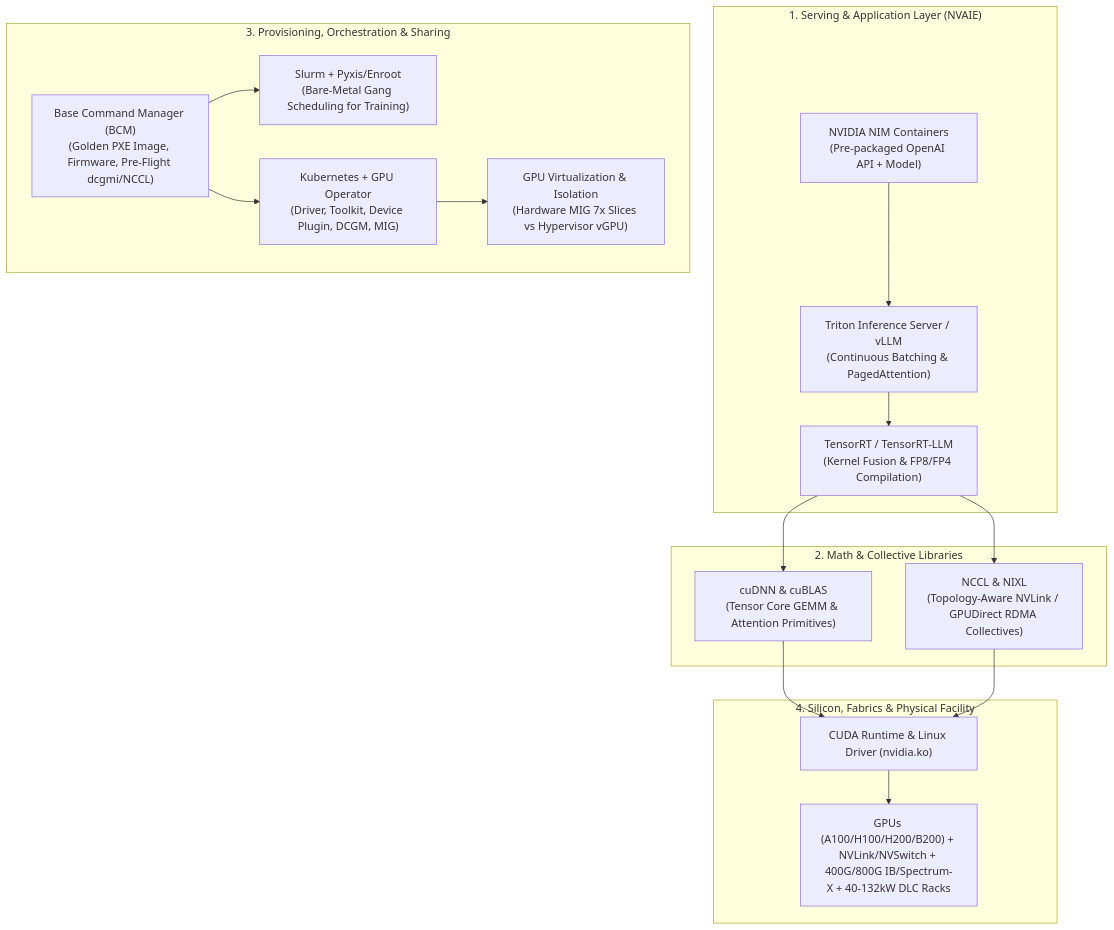
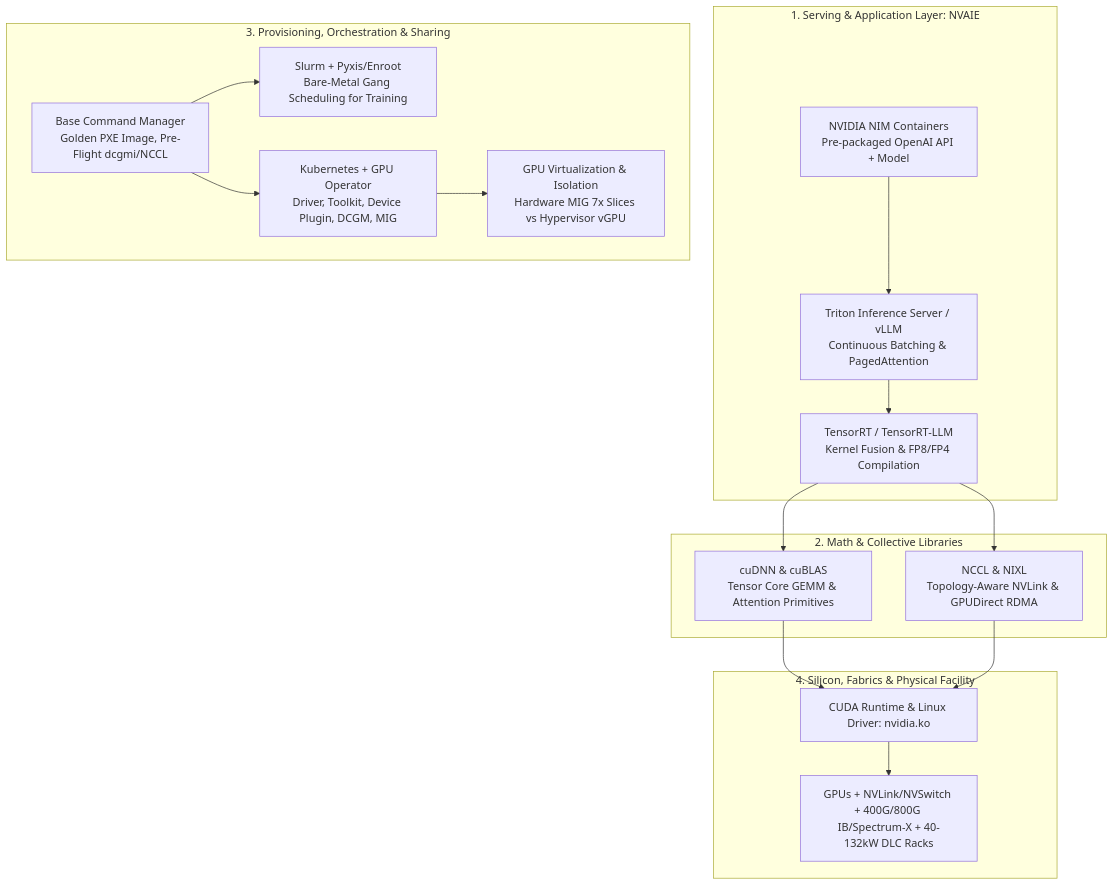
Before and after one commit to jithinpnjm/ai-infra-handbook: the sixth of 7 diagrams in docs/part-10-gpu-cuda/01-why-gpus-cpu-versus-gpu-and-throughput-design.md, drawn with Mermaid. The commit also changed other lines of this file and 503 other files, not shown here.

````diff
--- a/docs/part-10-gpu-cuda/01-why-gpus-cpu-versus-gpu-and-throughput-design.md
+++ b/docs/part-10-gpu-cuda/01-why-gpus-cpu-versus-gpu-and-throughput-design.md
@@ -448,21 +490,21 @@
 ```mermaid
 flowchart TD
-    subgraph App["1. Serving & Application Layer (NVAIE)"]
-        NIM["NVIDIA NIM Containers<br/>(Pre-packaged OpenAI API + Model)"] --> Tri["Triton Inference Server / vLLM<br/>(Continuous Batching & PagedAttention)"]
-        Tri --> TRT["TensorRT / TensorRT-LLM<br/>(Kernel Fusion & FP8/FP4 Compilation)"]
+    subgraph App["1. Serving & Application Layer: NVAIE"]
+        NIM["NVIDIA NIM Containers<br/>Pre-packaged OpenAI API + Model"] --> Tri["Triton Inference Server / vLLM<br/>Continuous Batching & PagedAttention"]
+        Tri --> TRT["TensorRT / TensorRT-LLM<br/>Kernel Fusion & FP8/FP4 Compilation"]
     end
     subgraph Comm["2. Math & Collective Libraries"]
-        TRT --> cuDNN["cuDNN & cuBLAS<br/>(Tensor Core GEMM & Attention Primitives)"]
-        TRT --> NCCL["NCCL & NIXL<br/>(Topology-Aware NVLink / GPUDirect RDMA Collectives)"]
+        TRT --> cuDNN["cuDNN & cuBLAS<br/>Tensor Core GEMM & Attention Primitives"]
+        TRT --> NCCL["NCCL & NIXL<br/>Topology-Aware NVLink & GPUDirect RDMA"]
     end
     subgraph Orch["3. Provisioning, Orchestration & Sharing"]
-        BCM["Base Command Manager (BCM)<br/>(Golden PXE Image, Firmware, Pre-Flight dcgmi/NCCL)"] --> Slurm["Slurm + Pyxis/Enroot<br/>(Bare-Metal Gang Scheduling for Training)"]
-        BCM --> K8s["Kubernetes + GPU Operator<br/>(Driver, Toolkit, Device Plugin, DCGM, MIG)"]
-        K8s --> Share["GPU Virtualization & Isolation<br/>(Hardware MIG 7x Slices vs Hypervisor vGPU)"]
+        BCM["Base Command Manager<br/>Golden PXE Image, Pre-Flight dcgmi/NCCL"] --> Slurm["Slurm + Pyxis/Enroot<br/>Bare-Metal Gang Scheduling for Training"]
+        BCM --> K8s["Kubernetes + GPU Operator<br/>Driver, Toolkit, Device Plugin, DCGM, MIG"]
+        K8s --> Share["GPU Virtualization & Isolation<br/>Hardware MIG 7x Slices vs Hypervisor vGPU"]
     end
     subgraph Phys["4. Silicon, Fabrics & Physical Facility"]
-        cuDNN --> CUDA["CUDA Runtime & Linux Driver (nvidia.ko)"]
+        cuDNN --> CUDA["CUDA Runtime & Linux Driver: nvidia.ko"]
         NCCL --> CUDA
-        CUDA --> HW["GPUs (A100/H100/H200/B200) + NVLink/NVSwitch + 400G/800G IB/Spectrum-X + 40-132kW DLC Racks"]
+        CUDA --> HW["GPUs + NVLink/NVSwitch + 400G/800G IB/Spectrum-X + 40-132kW DLC Racks"]
     end
 ```
````
